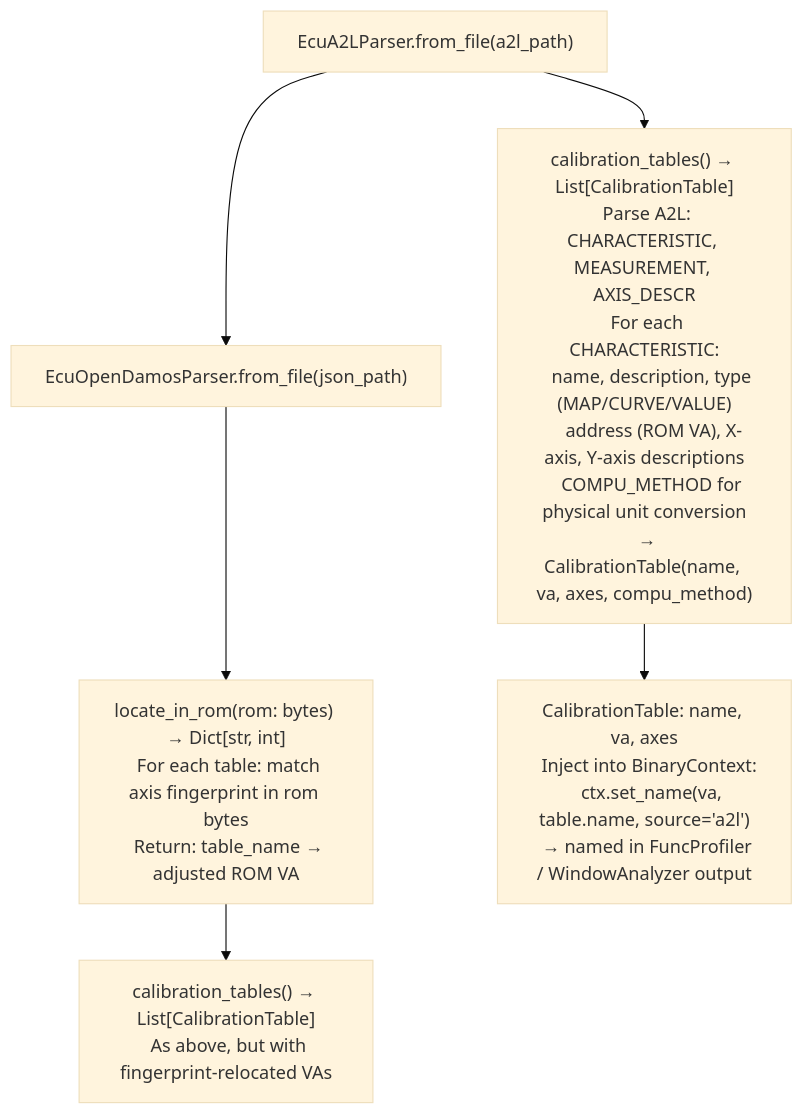
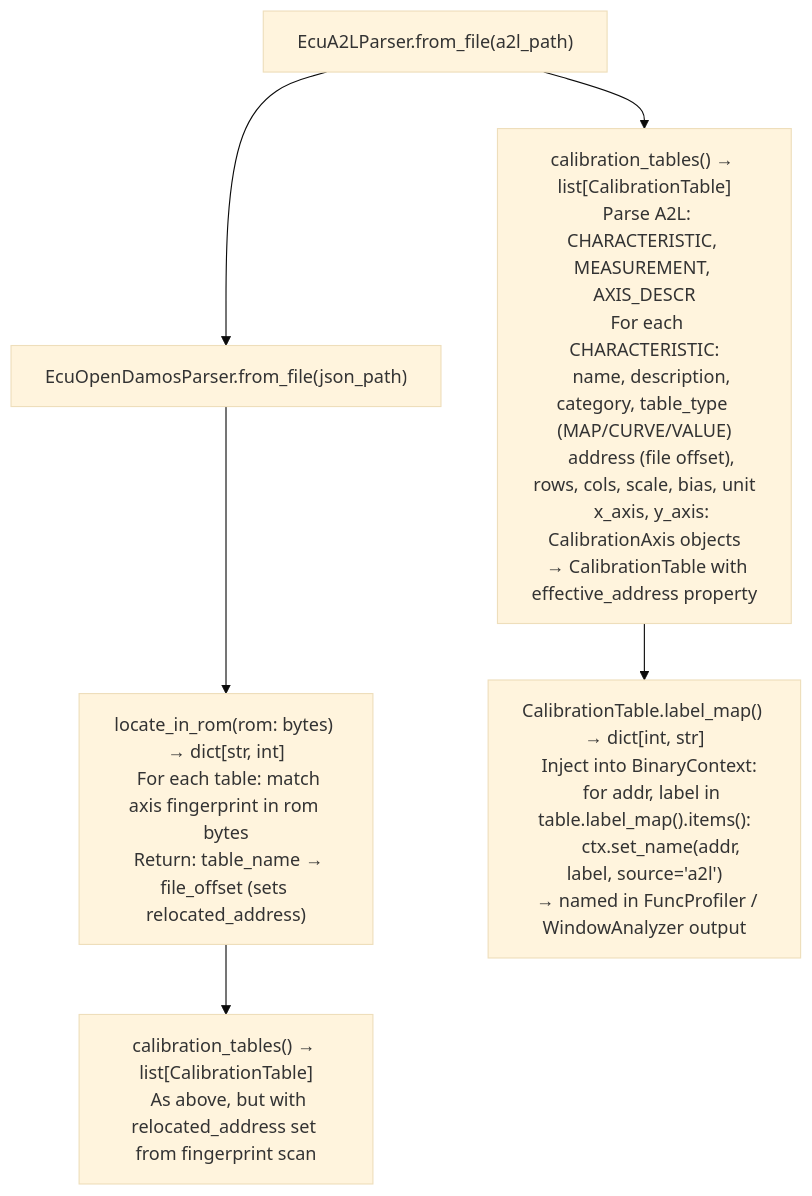
Before and after one commit to Ablation-Tool/ablation: the diagram in docs/reference-modules/calibration-parsers.md, drawn with Mermaid (base theme). The commit also changed other lines of this file, not shown here.

First line of the commit message:
docs: fix CalibrationTable field names in calibration-parsers

````diff
--- a/docs/reference-modules/calibration-parsers.md
+++ b/docs/reference-modules/calibration-parsers.md
@@ -19,7 +19,7 @@
 ```mermaid
 flowchart TD
-    A["EcuA2LParser.from_file(a2l_path)"] --> B["calibration_tables() → List[CalibrationTable]\n  Parse A2L: CHARACTERISTIC, MEASUREMENT, AXIS_DESCR\n  For each CHARACTERISTIC:\n    name, description, type (MAP/CURVE/VALUE)\n    address (ROM VA), X-axis, Y-axis descriptions\n    COMPU_METHOD for physical unit conversion\n  → CalibrationTable(name, va, axes, compu_method)"]
-    A --> C["EcuOpenDamosParser.from_file(json_path)"] --> D["locate_in_rom(rom: bytes) → Dict[str, int]\n  For each table: match axis fingerprint in rom bytes\n  Return: table_name → adjusted ROM VA"]
-    D --> E["calibration_tables() → List[CalibrationTable]\n  As above, but with fingerprint-relocated VAs"]
-    B --> F["CalibrationTable: name, va, axes\n  Inject into BinaryContext:\n    ctx.set_name(va, table.name, source='a2l')\n  → named in FuncProfiler / WindowAnalyzer output"]
+    A["EcuA2LParser.from_file(a2l_path)"] --> B["calibration_tables() → list[CalibrationTable]\n  Parse A2L: CHARACTERISTIC, MEASUREMENT, AXIS_DESCR\n  For each CHARACTERISTIC:\n    name, description, category, table_type (MAP/CURVE/VALUE)\n    address (file offset), rows, cols, scale, bias, unit\n    x_axis, y_axis: CalibrationAxis objects\n  → CalibrationTable with effective_address property"]
+    A --> C["EcuOpenDamosParser.from_file(json_path)"] --> D["locate_in_rom(rom: bytes) → dict[str, int]\n  For each table: match axis fingerprint in rom bytes\n  Return: table_name → file_offset (sets relocated_address)"]
+    D --> E["calibration_tables() → list[CalibrationTable]\n  As above, but with relocated_address set from fingerprint scan"]
+    B --> F["CalibrationTable.label_map() → dict[int, str]\n  Inject into BinaryContext:\n    for addr, label in table.label_map().items():\n        ctx.set_name(addr, label, source='a2l')\n  → named in FuncProfiler / WindowAnalyzer output"]
 ```
````
